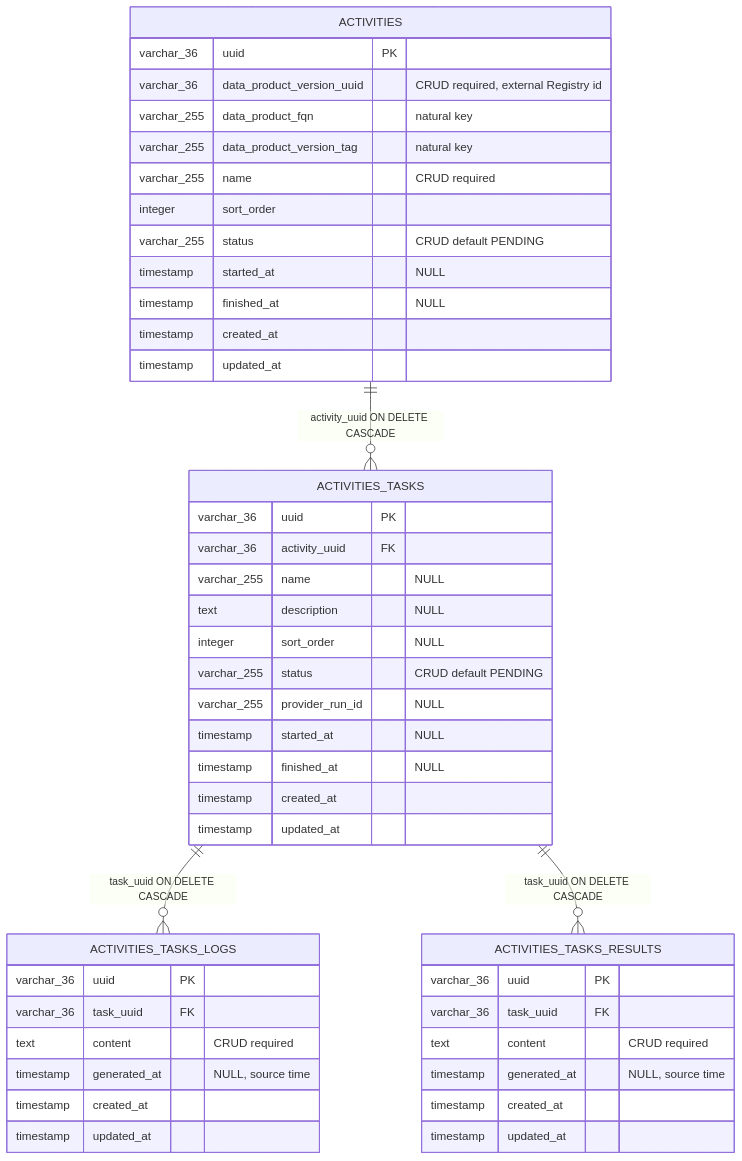
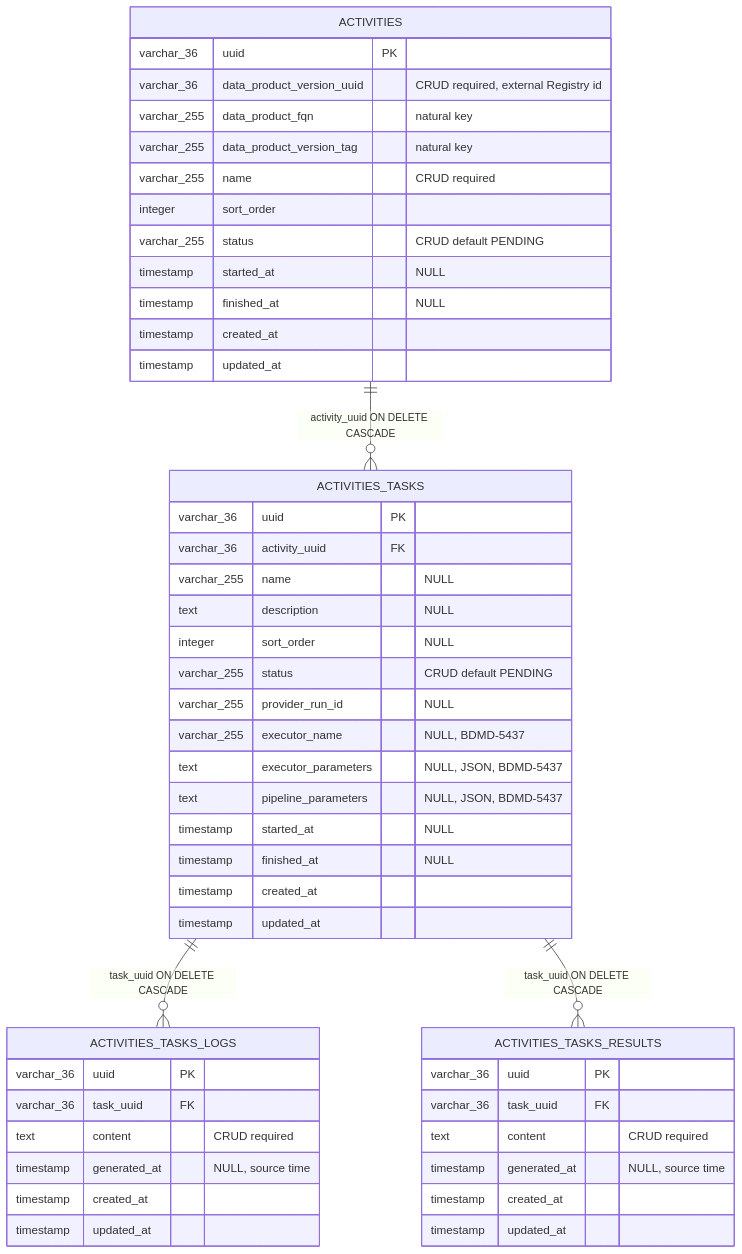
Before and after one commit to opendatamesh-initiative/odm-platform-pp-devops-server: the diagram in spdd/analysis/BDMD-5436-202609181557-[Analysis]-activity-task-anemic-crud.md, drawn with Mermaid. The commit also changed other lines of this file and 129 other files, not shown here.

````diff
--- a/spdd/analysis/BDMD-5436-202609181557-[Analysis]-activity-task-anemic-crud.md
+++ b/spdd/analysis/BDMD-5436-202609181557-[Analysis]-activity-task-anemic-crud.md
@@ -74,52 +74,55 @@
 ```mermaid
 erDiagram
   ACTIVITIES ||--o{ ACTIVITIES_TASKS : "activity_uuid ON DELETE CASCADE"
   ACTIVITIES_TASKS ||--o{ ACTIVITIES_TASKS_LOGS : "task_uuid ON DELETE CASCADE"
   ACTIVITIES_TASKS ||--o{ ACTIVITIES_TASKS_RESULTS : "task_uuid ON DELETE CASCADE"
 
   ACTIVITIES {
     varchar_36 uuid PK
     varchar_36 data_product_version_uuid "CRUD required, external Registry id"
     varchar_255 data_product_fqn "natural key"
     varchar_255 data_product_version_tag "natural key"
     varchar_255 name "CRUD required"
     integer sort_order
     varchar_255 status "CRUD default PENDING"
     timestamp started_at "NULL"
     timestamp finished_at "NULL"
     timestamp created_at
     timestamp updated_at
   }
 
   ACTIVITIES_TASKS {
     varchar_36 uuid PK
     varchar_36 activity_uuid FK
     varchar_255 name "NULL"
     text description "NULL"
     integer sort_order "NULL"
     varchar_255 status "CRUD default PENDING"
     varchar_255 provider_run_id "NULL"
+    varchar_255 executor_name "NULL, BDMD-5437"
+    text executor_parameters "NULL, JSON, BDMD-5437"
+    text pipeline_parameters "NULL, JSON, BDMD-5437"
     timestamp started_at "NULL"
     timestamp finished_at "NULL"
     timestamp created_at
     timestamp updated_at
   }
 
   ACTIVITIES_TASKS_LOGS {
     varchar_36 uuid PK
     varchar_36 task_uuid FK
     text content "CRUD required"
     timestamp generated_at "NULL, source time"
     timestamp created_at
     timestamp updated_at
   }
 
   ACTIVITIES_TASKS_RESULTS {
     varchar_36 uuid PK
     varchar_36 task_uuid FK
     text content "CRUD required"
     timestamp generated_at "NULL, source time"
     timestamp created_at
     timestamp updated_at
   }
 ```
````
